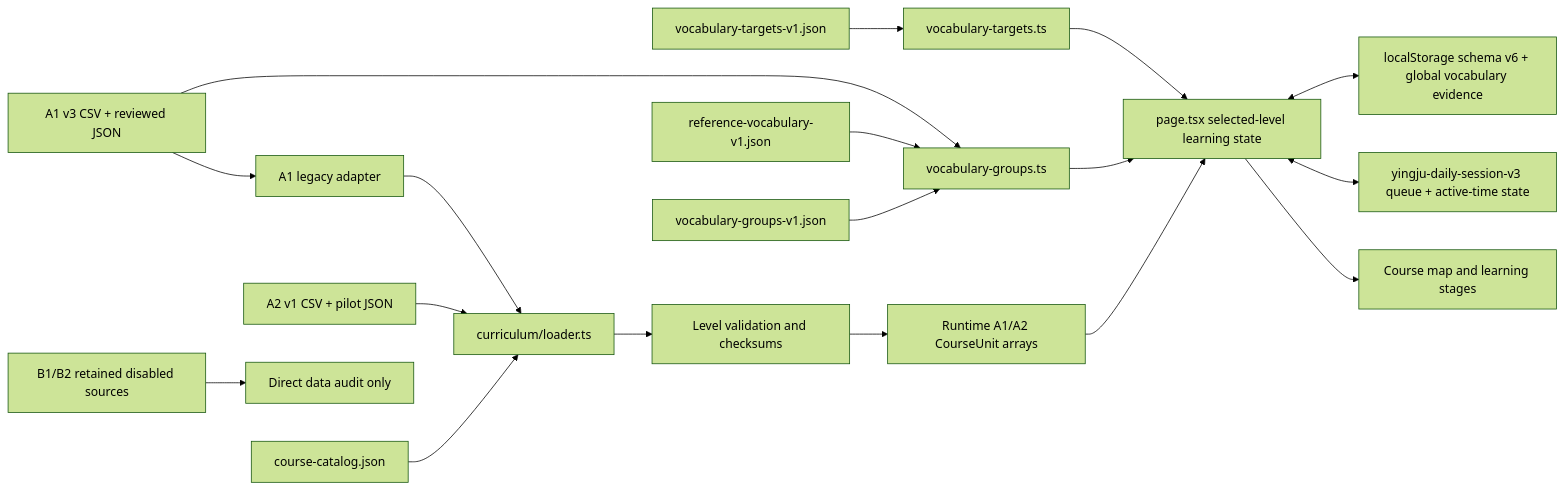
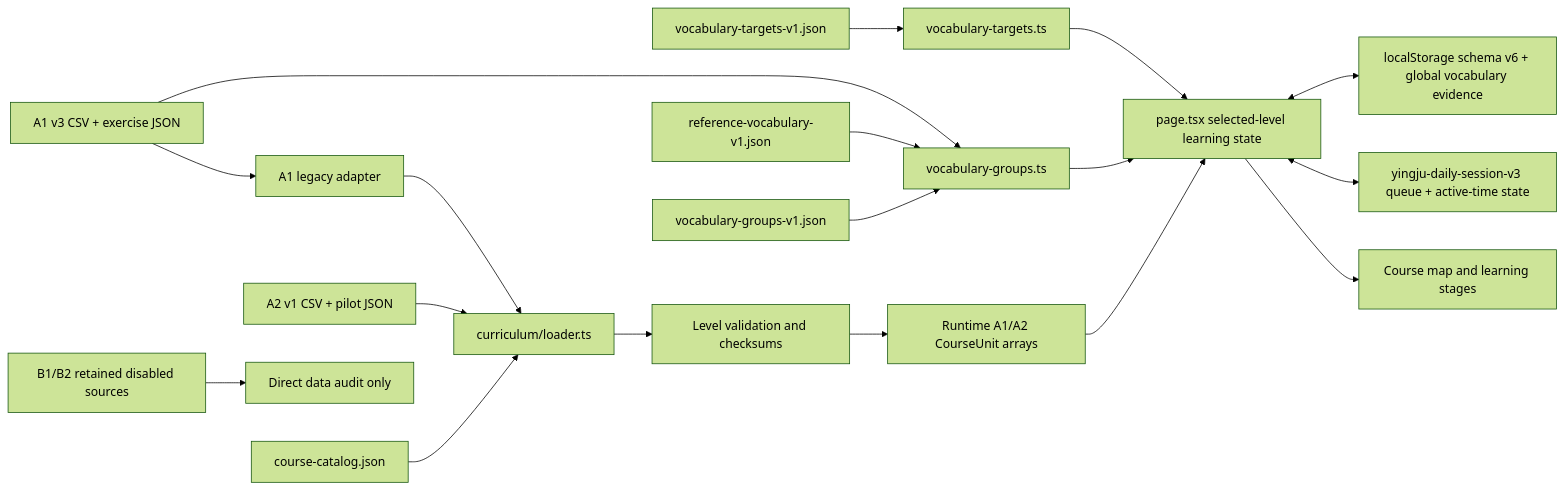
The first of 2 diagrams in ARCHITECTURE.md (ej04520yjo4/EnglishWeb), drawn with Mermaid (forest theme) before and after one commit. The commit also changed other lines of this file and 9 other files, not shown here.

````diff
--- a/ARCHITECTURE.md
+++ b/ARCHITECTURE.md
@@ -9,20 +9,20 @@
 ```mermaid
 flowchart LR
   Catalog["course-catalog.json"] --> LevelLoader["curriculum/loader.ts"]
-  A1["A1 v3 CSV + reviewed JSON"] --> Adapter["A1 legacy adapter"]
+  A1["A1 v3 CSV + exercise JSON"] --> Adapter["A1 legacy adapter"]
   A2["A2 v1 CSV + pilot JSON"] --> LevelLoader
   Disabled["B1/B2 retained disabled sources"] --> Audit["Direct data audit only"]
   Groups["vocabulary-groups-v1.json"] --> Vocabulary["vocabulary-groups.ts"]
   Reference["reference-vocabulary-v1.json"] --> Vocabulary
   Targets["vocabulary-targets-v1.json"] --> TargetModule["vocabulary-targets.ts"]
   A1 --> Vocabulary
   Adapter --> LevelLoader
   LevelLoader --> Validate["Level validation and checksums"]
   Validate --> Units["Runtime A1/A2 CourseUnit arrays"]
   Units --> Page["page.tsx selected-level learning state"]
   Vocabulary --> Page
   TargetModule --> Page
   Page <--> Storage["localStorage schema v6 + global vocabulary evidence"]
   Page <--> DailyStorage["yingju-daily-session-v3 queue + active-time state"]
   Page --> UI["Course map and learning stages"]
 ```
````
